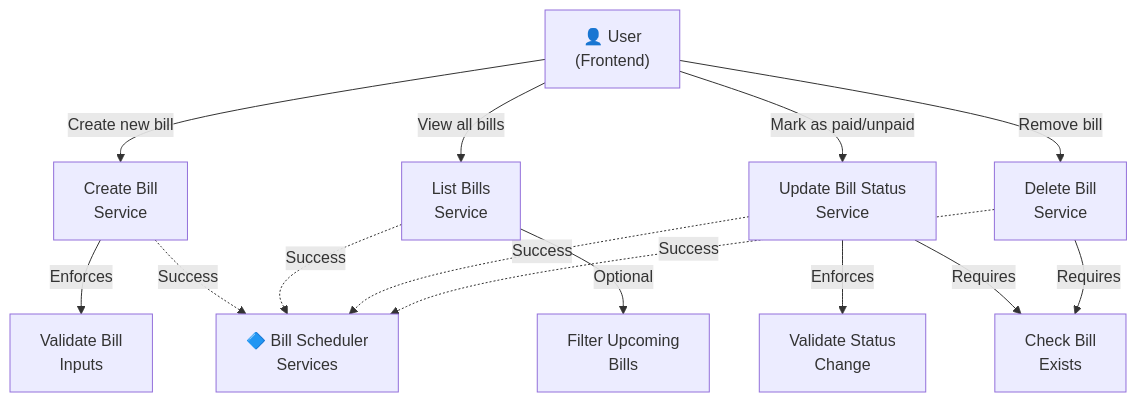
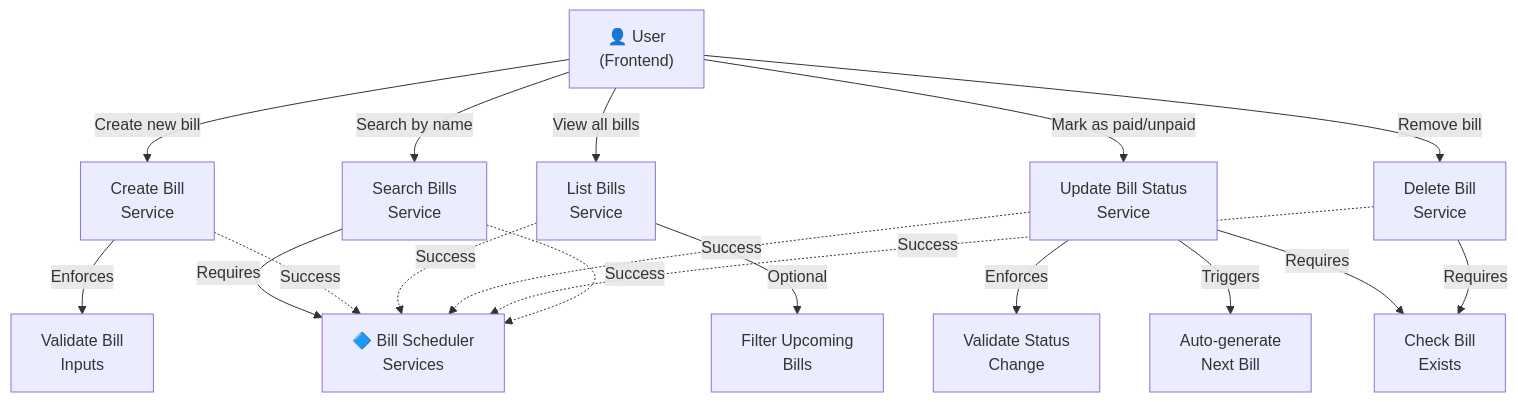
The first of 2 diagrams in docs/diagrams/services_use_case_diagrams.md (Kaynup/Family-Support-Scheduler-Full-stack-App), drawn with Mermaid before and after one commit. The commit also changed other lines of this file and 28 other files, not shown here.

````diff
--- a/docs/diagrams/services_use_case_diagrams.md
+++ b/docs/diagrams/services_use_case_diagrams.md
@@ -11,31 +11,37 @@
 ```mermaid
 graph TB
     Actor["👤 User<br/>(Frontend)"]
     System["🔷 Bill Scheduler<br/>Services"]
     
     CreateBill["Create Bill<br/>Service"]
     ListBills["List Bills<br/>Service"]
     UpdateStatus["Update Bill Status<br/>Service"]
     DeleteBill["Delete Bill<br/>Service"]
+    SearchBills["Search Bills<br/>Service"]
     
     FilterUpcoming["Filter Upcoming<br/>Bills"]
+    RecurringLogic["Auto-generate<br/>Next Bill"]
     ValidateInputs["Validate Bill<br/>Inputs"]
     ValidateStatus["Validate Status<br/>Change"]
     CheckBillExists["Check Bill<br/>Exists"]
     
     Actor -->|Create new bill| CreateBill
     Actor -->|View all bills| ListBills
     Actor -->|Mark as paid/unpaid| UpdateStatus
     Actor -->|Remove bill| DeleteBill
+    Actor -->|Search by name| SearchBills
     
     CreateBill -->|Enforces| ValidateInputs
     ListBills -->|Optional| FilterUpcoming
     UpdateStatus -->|Enforces| ValidateStatus
+    UpdateStatus -->|Triggers| RecurringLogic
     UpdateStatus -->|Requires| CheckBillExists
     DeleteBill -->|Requires| CheckBillExists
+    SearchBills -->|Requires| System
     
     CreateBill -.->|Success| System
     ListBills -.->|Success| System
     UpdateStatus -.->|Success| System
     DeleteBill -.->|Success| System
+    SearchBills -.->|Success| System
 ```
````
